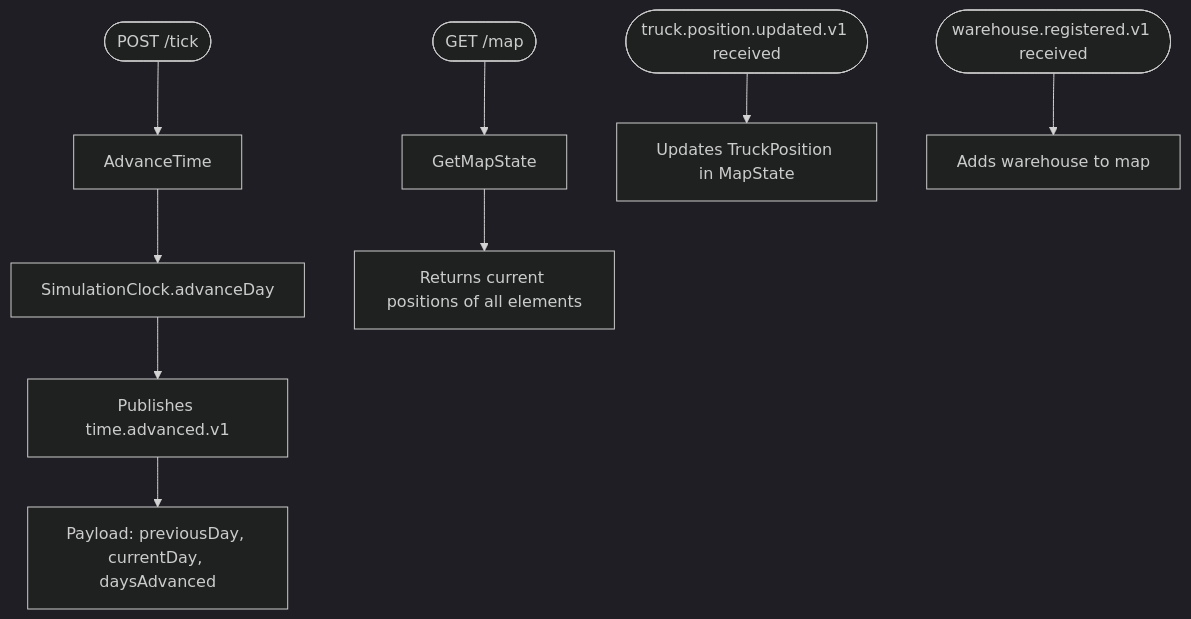
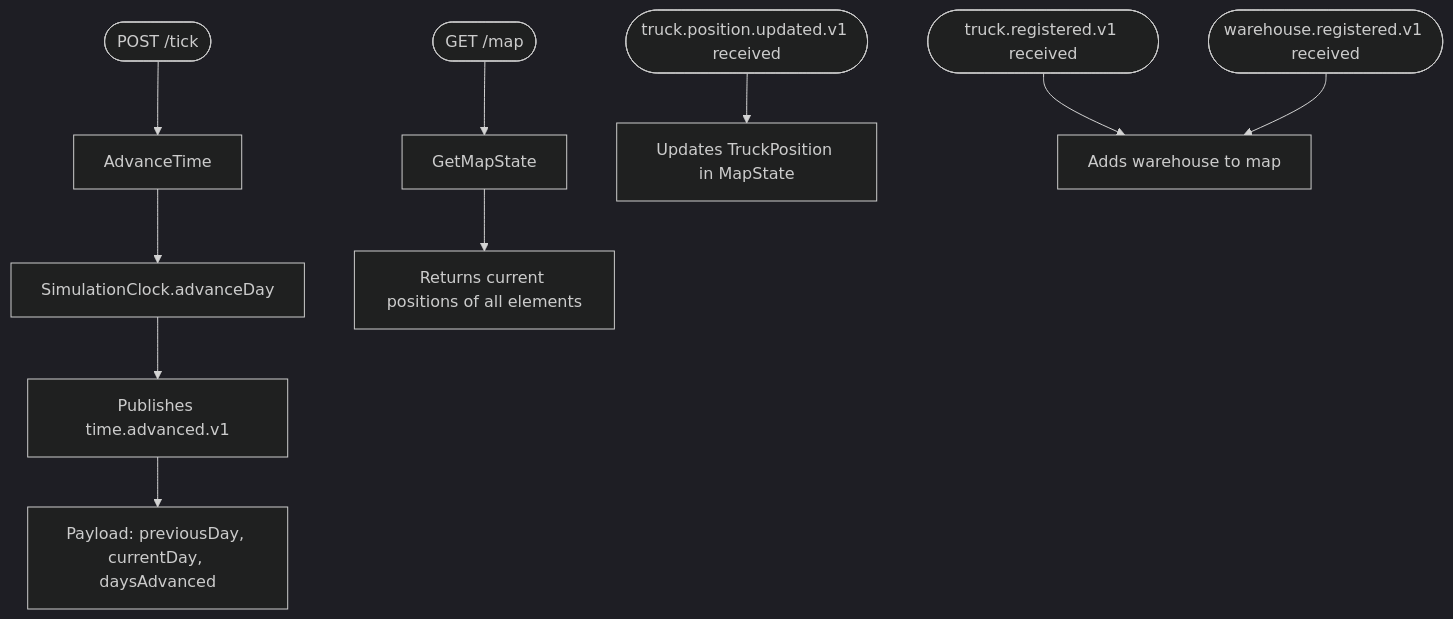
Before and after one commit to fraarrmat11/MS-SIMULATION: the third of 3 diagrams in README.md, drawn with Mermaid (dark theme). The commit also changed other lines of this file, not shown here.

````diff
--- a/README.md
+++ b/README.md
@@ -70,13 +71,14 @@
 ```mermaid
 flowchart TD
     UC1([POST /tick]) --> A1[AdvanceTime]
     A1 --> A2[SimulationClock.advanceDay]
     A2 --> A3[Publishes time.advanced.v1]
     A3 --> A4[Payload: previousDay, currentDay, daysAdvanced]
 
     UC2([GET /map]) --> B1[GetMapState]
     B1 --> B2[Returns current positions of all elements]
 
     EV1([truck.position.updated.v1 received]) --> C1[Updates TruckPosition in MapState]
+    EV2([truck.registered.v1 received]) --> C4[Adds truck to map]
     EV3([warehouse.registered.v1 received]) --> C4[Adds warehouse to map]
 ```
````
